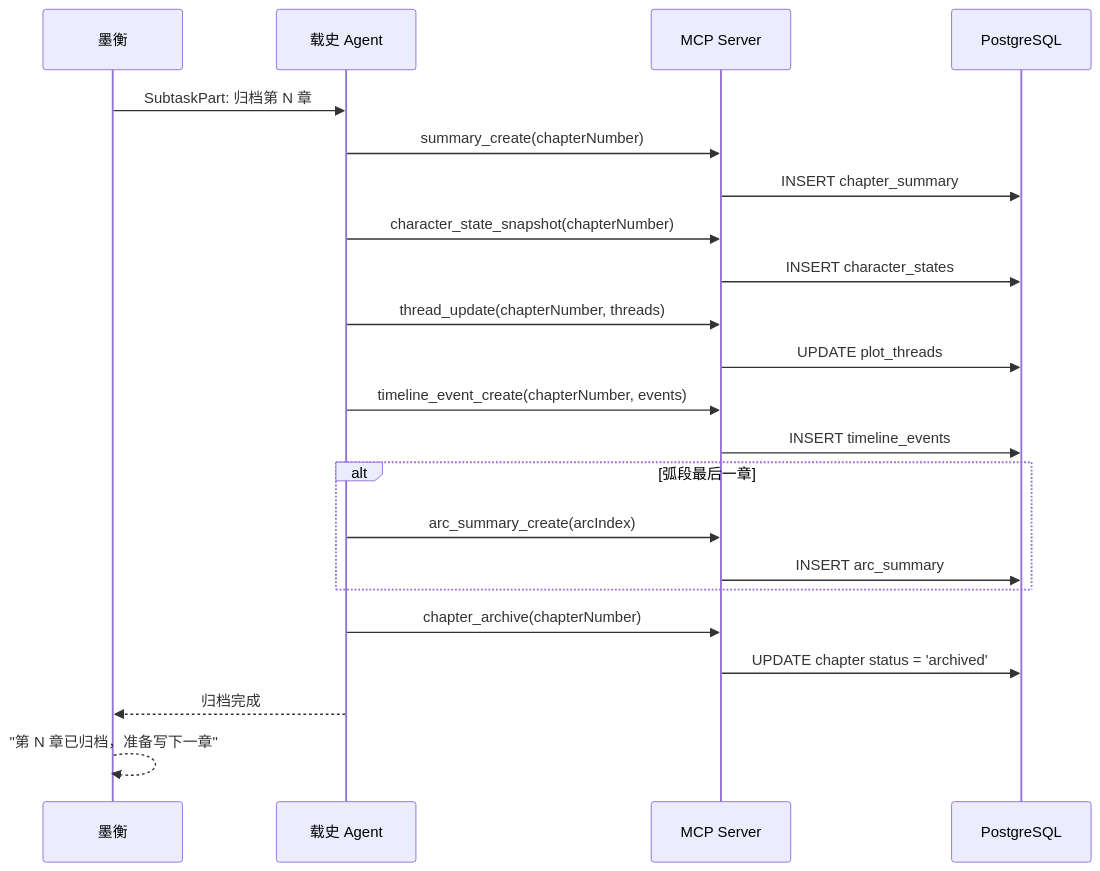
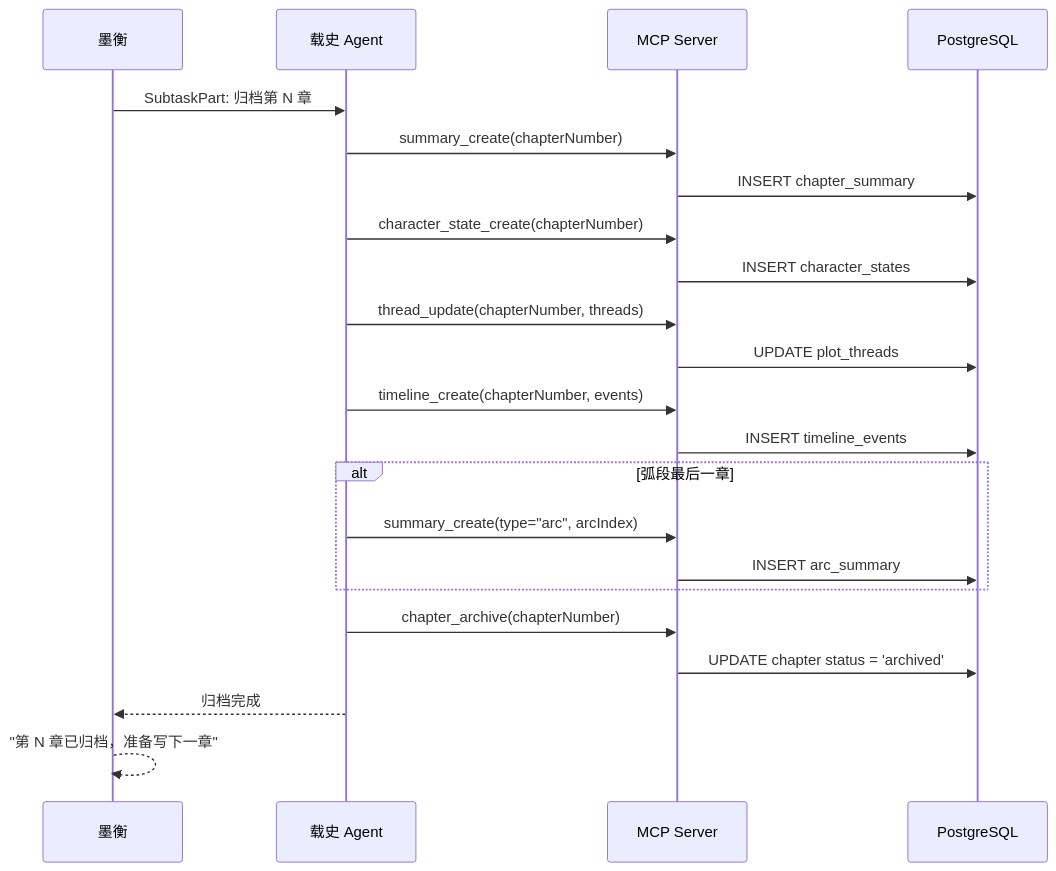
One commit to goodwinfame/moran-ai changed the fifth of 6 diagrams in docs/v2-s3-writing-flow.md. Above: the diagram before and after it, drawn with Mermaid. The commit also changed other lines of this file and 9 other files, not shown here.

````diff
--- a/docs/v2-s3-writing-flow.md
+++ b/docs/v2-s3-writing-flow.md
@@ -517,27 +517,27 @@
 ```mermaid
 sequenceDiagram
   participant M as 墨衡
   participant Z as 载史 Agent
   participant MCP as MCP Server
   participant DB as PostgreSQL
 
   M->>Z: SubtaskPart: 归档第 N 章
   Z->>MCP: summary_create(chapterNumber)
   MCP->>DB: INSERT chapter_summary
-  Z->>MCP: character_state_snapshot(chapterNumber)
+  Z->>MCP: character_state_create(chapterNumber)
   MCP->>DB: INSERT character_states
   Z->>MCP: thread_update(chapterNumber, threads)
   MCP->>DB: UPDATE plot_threads
-  Z->>MCP: timeline_event_create(chapterNumber, events)
+  Z->>MCP: timeline_create(chapterNumber, events)
   MCP->>DB: INSERT timeline_events
   
   alt 弧段最后一章
-    Z->>MCP: arc_summary_create(arcIndex)
+    Z->>MCP: summary_create(type="arc", arcIndex)
     MCP->>DB: INSERT arc_summary
   end
   
   Z->>MCP: chapter_archive(chapterNumber)
   MCP->>DB: UPDATE chapter status = 'archived'
   Z-->>M: 归档完成
   M-->>M: "第 N 章已归档，准备写下一章"
 ```
````
